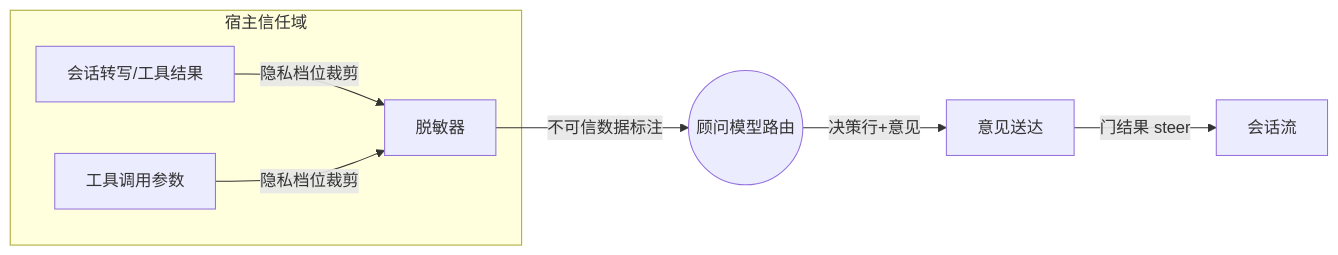
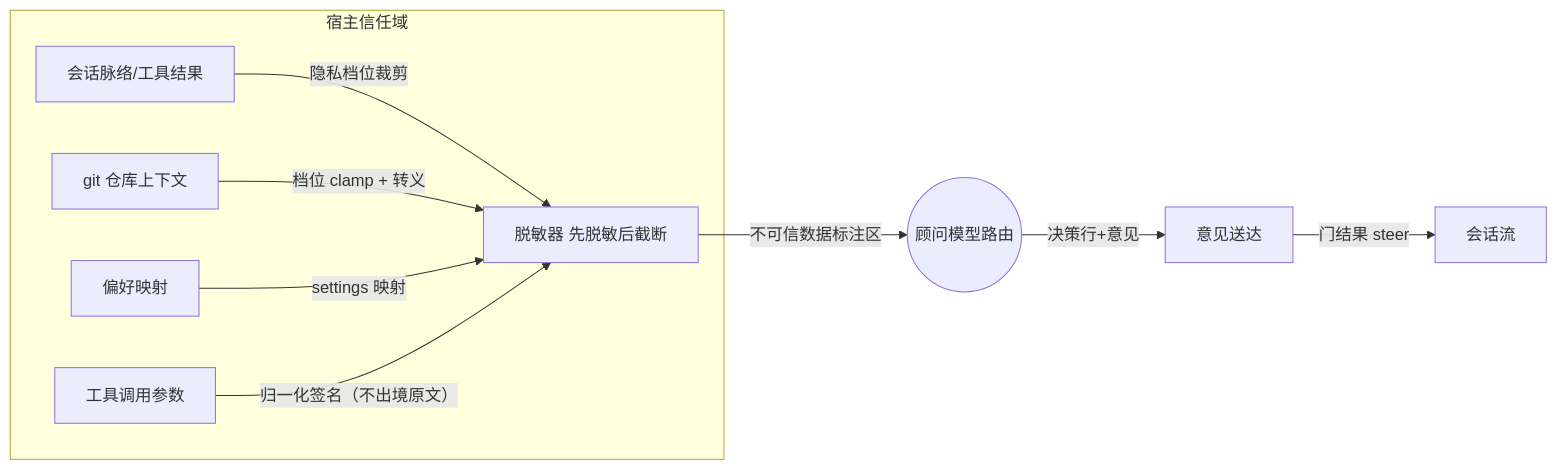
One commit to ccll/dsh-advisor-flow changed the eighth of 9 diagrams in SOLUTION.md. Above: the diagram before and after it, drawn with Mermaid. The commit also changed other lines of this file and 20 other files, not shown here.

First line of the commit message:
📝 文档(map): 行为严格对齐 pi-advisor-flow 0.8.2 的需求与方案演进

````diff
--- a/SOLUTION.md
+++ b/SOLUTION.md
@@ -255,13 +278,17 @@
 ```mermaid
 flowchart LR
     subgraph trust[宿主信任域]
-        transcript[会话转写/工具结果]
+        transcript[会话脉络/工具结果]
+        gitdata[git 仓库上下文]
+        prefs[偏好映射]
         args[工具调用参数]
-        red[脱敏器]
+        red[脱敏器 先脱敏后截断]
     end
     transcript -->|隐私档位裁剪| red
-    args -->|隐私档位裁剪| red
-    red -->|不可信数据标注| route((顾问模型路由))
+    gitdata -->|档位 clamp + 转义| red
+    prefs -->|settings 映射| red
+    args -->|归一化签名（不出境原文）| red
+    red -->|不可信数据标注区| route((顾问模型路由))
     route -->|决策行+意见| deliver[意见送达]
     deliver -->|门结果 steer| session[会话流]
 ```
````
